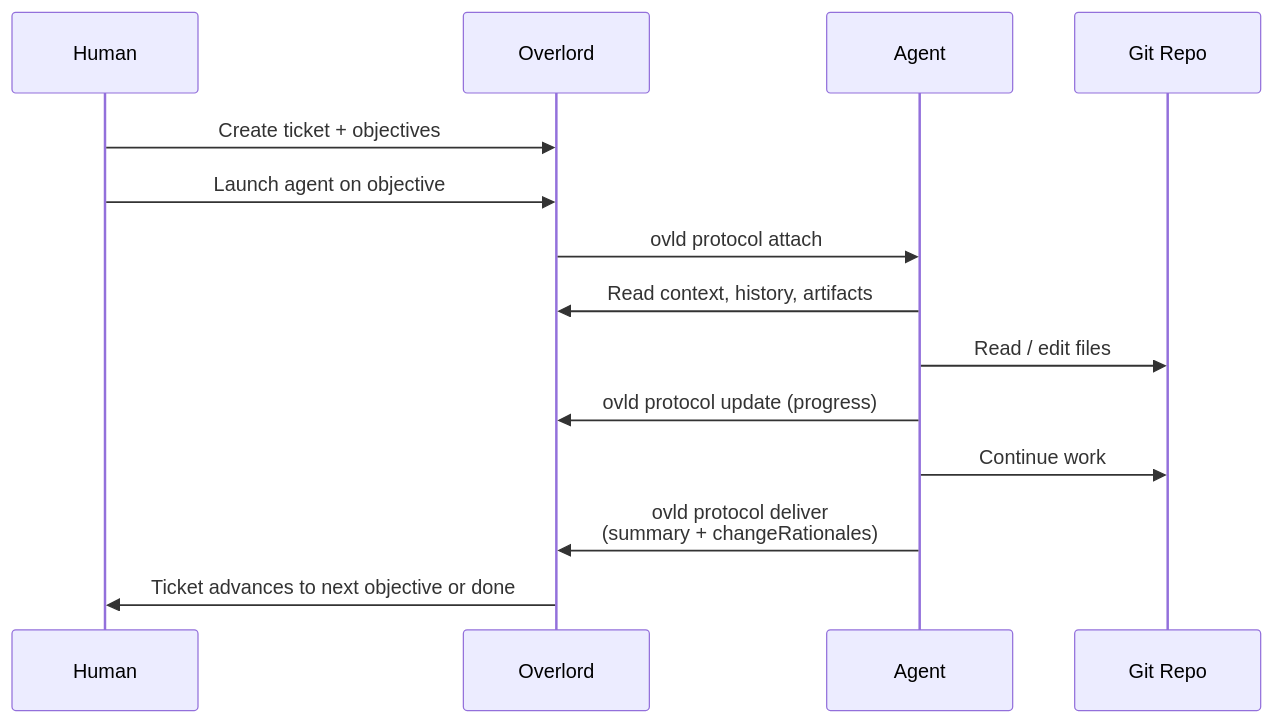
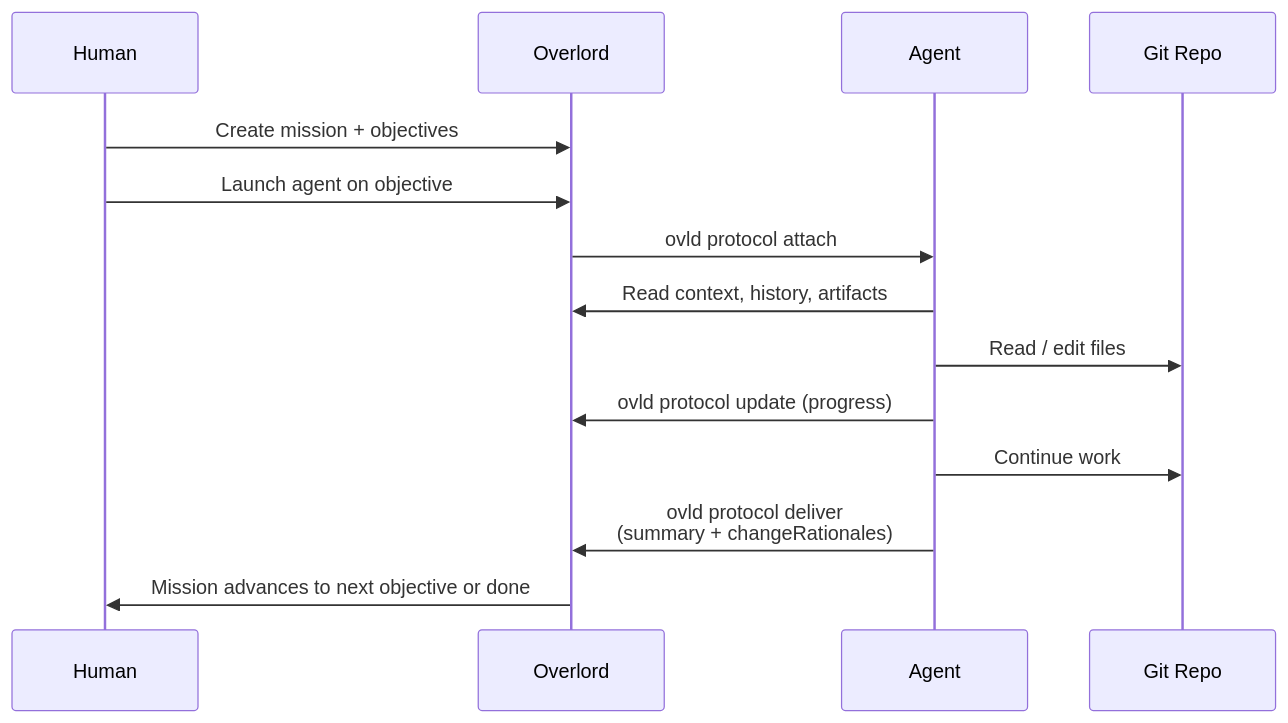
Before and after one commit to cooperativ-labs/OpenOverlord: the second of 2 diagrams in README.md, drawn with Mermaid. The commit also changed other lines of this file and 362 other files, not shown here.

````diff
--- a/README.md
+++ b/README.md
@@ -147,17 +147,17 @@
 ```mermaid
 sequenceDiagram
     participant Human
     participant Overlord
     participant Agent
     participant Repo as Git Repo
 
-    Human->>Overlord: Create ticket + objectives
+    Human->>Overlord: Create mission + objectives
     Human->>Overlord: Launch agent on objective
     Overlord->>Agent: ovld protocol attach
     Agent->>Overlord: Read context, history, artifacts
     Agent->>Repo: Read / edit files
     Agent->>Overlord: ovld protocol update (progress)
     Agent->>Repo: Continue work
     Agent->>Overlord: ovld protocol deliver<br/>(summary + changeRationales)
-    Overlord->>Human: Ticket advances to next objective or done
+    Overlord->>Human: Mission advances to next objective or done
 ```
````
